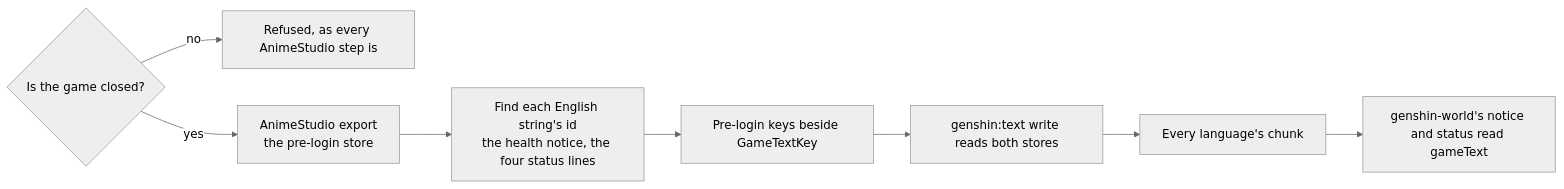
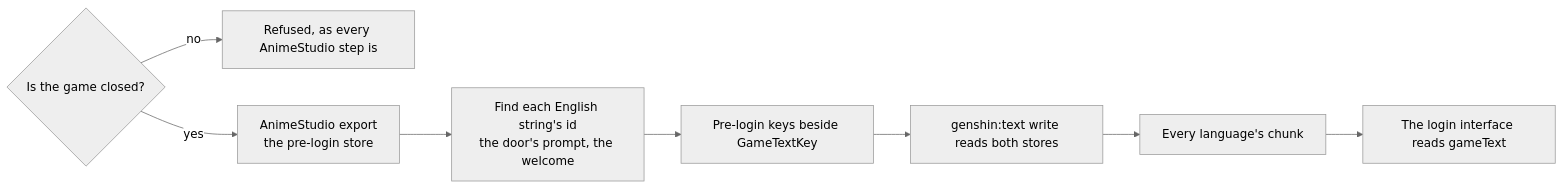
Before and after one commit to Esposter/Esposter: the diagram in apps/web/content/docs/proposals/genshin/pre-login-text.md, drawn with Mermaid (neutral theme). The commit also changed other lines of this file and 63 other files, not shown here.

````diff
--- a/apps/web/content/docs/proposals/genshin/pre-login-text.md
+++ b/apps/web/content/docs/proposals/genshin/pre-login-text.md
@@ -13,10 +13,10 @@
 ```mermaid
 flowchart LR
   Closed{"Is the game closed?"} -- no --> Wait["Refused, as every AnimeStudio step is"]
   Closed -- yes --> Export["AnimeStudio export<br/>the pre-login store"]
-  Export --> Find["Find each English string's id<br/>the health notice, the four status lines"]
+  Export --> Find["Find each English string's id<br/>the door's prompt, the welcome"]
   Find --> Keys["Pre-login keys beside GameTextKey"]
   Keys --> Write["genshin:text write reads both stores"]
   Write --> Chunks["Every language's chunk"]
-  Chunks --> World["genshin-world's notice and status read gameText"]
+  Chunks --> World["The login interface reads gameText"]
 ```
````
